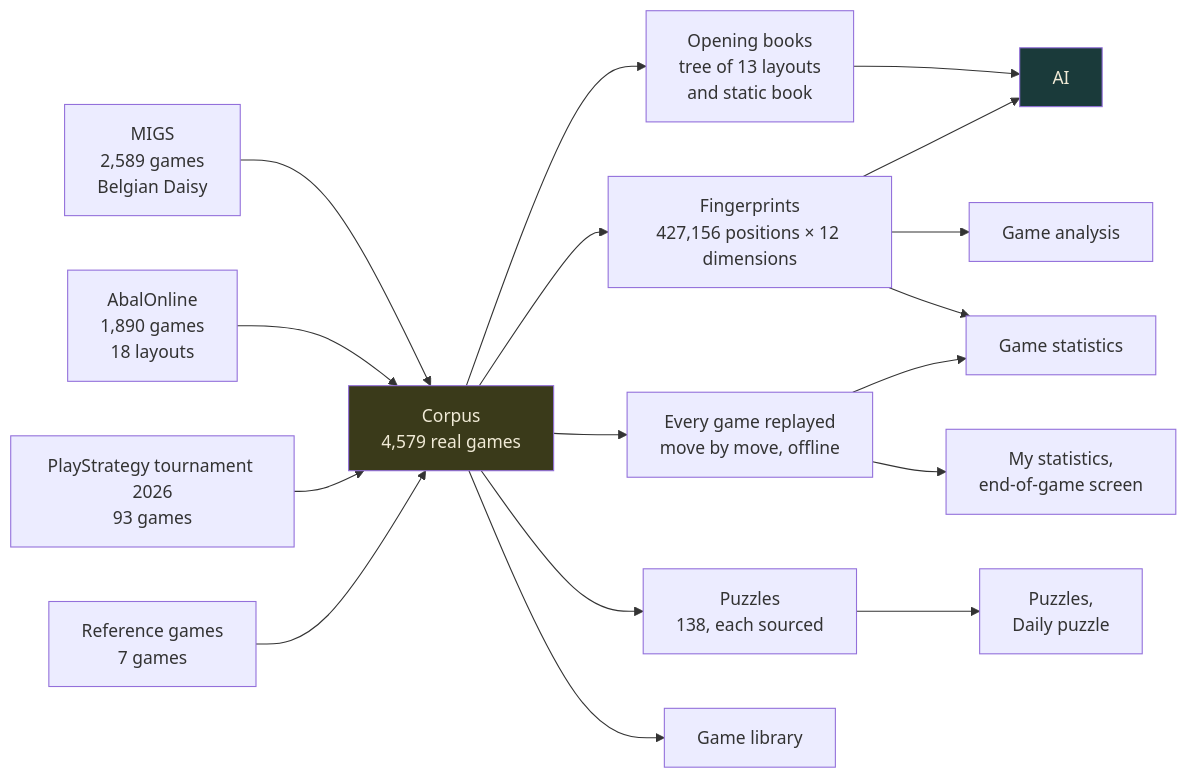
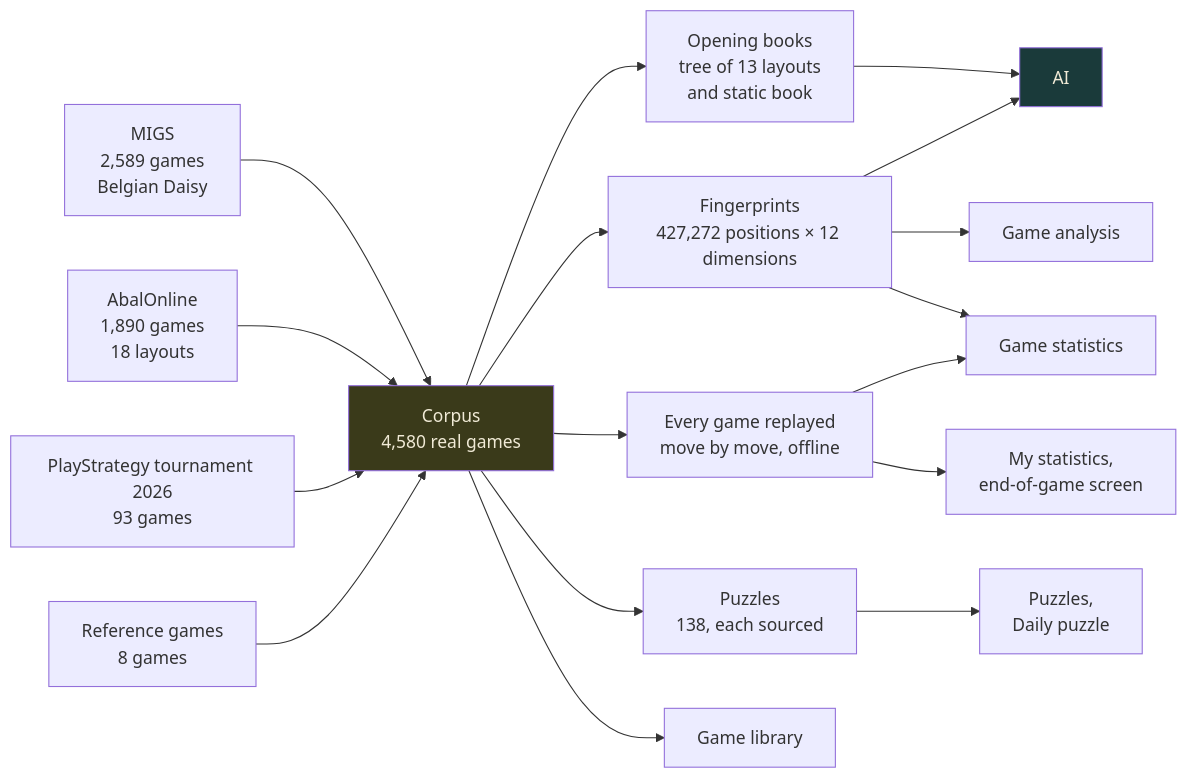
The second of 3 diagrams in docs-en/Architecture.en.md (ocj94/Abalassembly), drawn with Mermaid before and after one commit. The commit also changed other lines of this file and 15 other files, not shown here.

````diff
--- a/docs-en/Architecture.en.md
+++ b/docs-en/Architecture.en.md
@@ -60,24 +60,24 @@
 ```mermaid
 flowchart LR
-    S1[MIGS<br/>2,589 games<br/>Belgian Daisy] --> C[Corpus<br/>4,579 real games]
+    S1[MIGS<br/>2,589 games<br/>Belgian Daisy] --> C[Corpus<br/>4,580 real games]
     S2[AbalOnline<br/>1,890 games<br/>18 layouts] --> C
     S3[PlayStrategy tournament 2026<br/>93 games] --> C
-    S4[Reference games<br/>7 games] --> C
+    S4[Reference games<br/>8 games] --> C
 
     C --> O[Opening books<br/>tree of 13 layouts<br/>and static book]
-    C --> E[Fingerprints<br/>427,156 positions × 12 dimensions]
+    C --> E[Fingerprints<br/>427,272 positions × 12 dimensions]
     C --> R[Every game replayed<br/>move by move, offline]
     C --> P[Puzzles<br/>138, each sourced]
     C --> L[Game library]
 
     O --> AI[AI]
     E --> AI
     E --> AN[Game analysis]
     E --> ST[Game statistics]
     R --> ST
     R --> MS[My statistics,<br/>end-of-game screen]
     P --> PB[Puzzles,<br/>Daily puzzle]
 
     style C fill:#3a3a1a,color:#f0ead6
     style AI fill:#1a3a3a,color:#f0ead6
 ```
````
